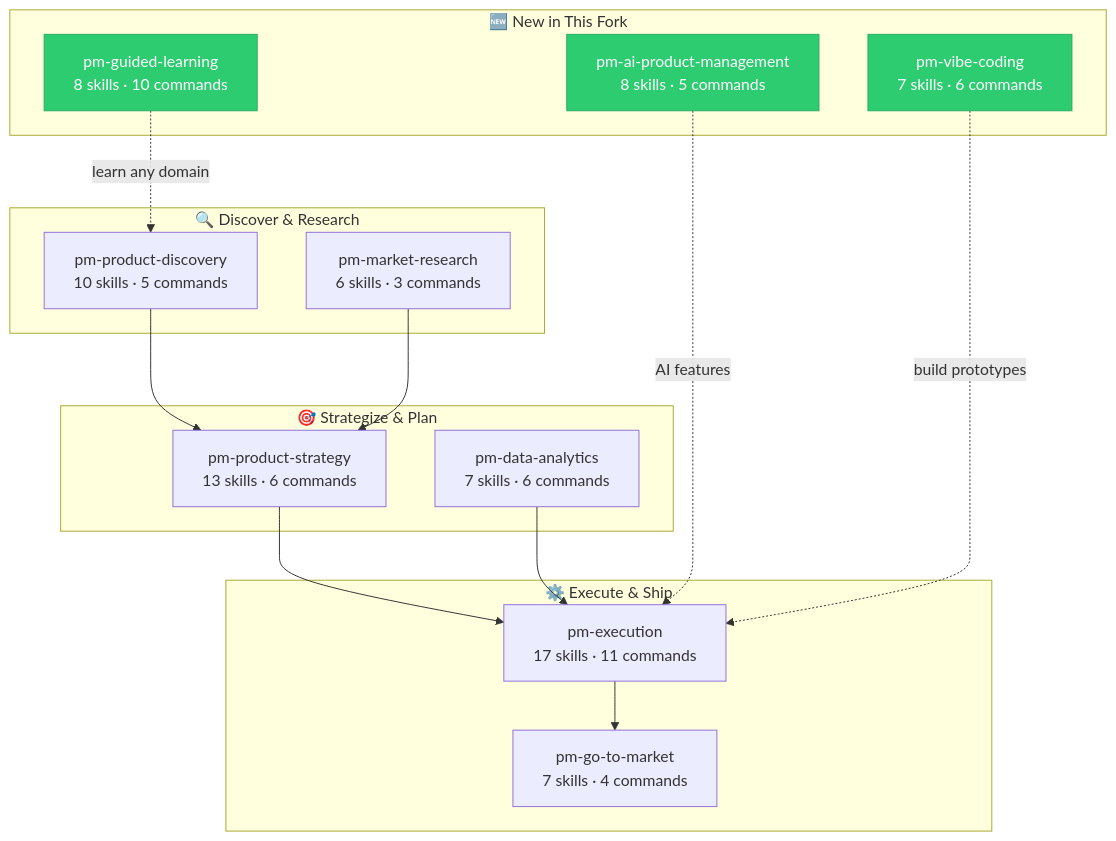
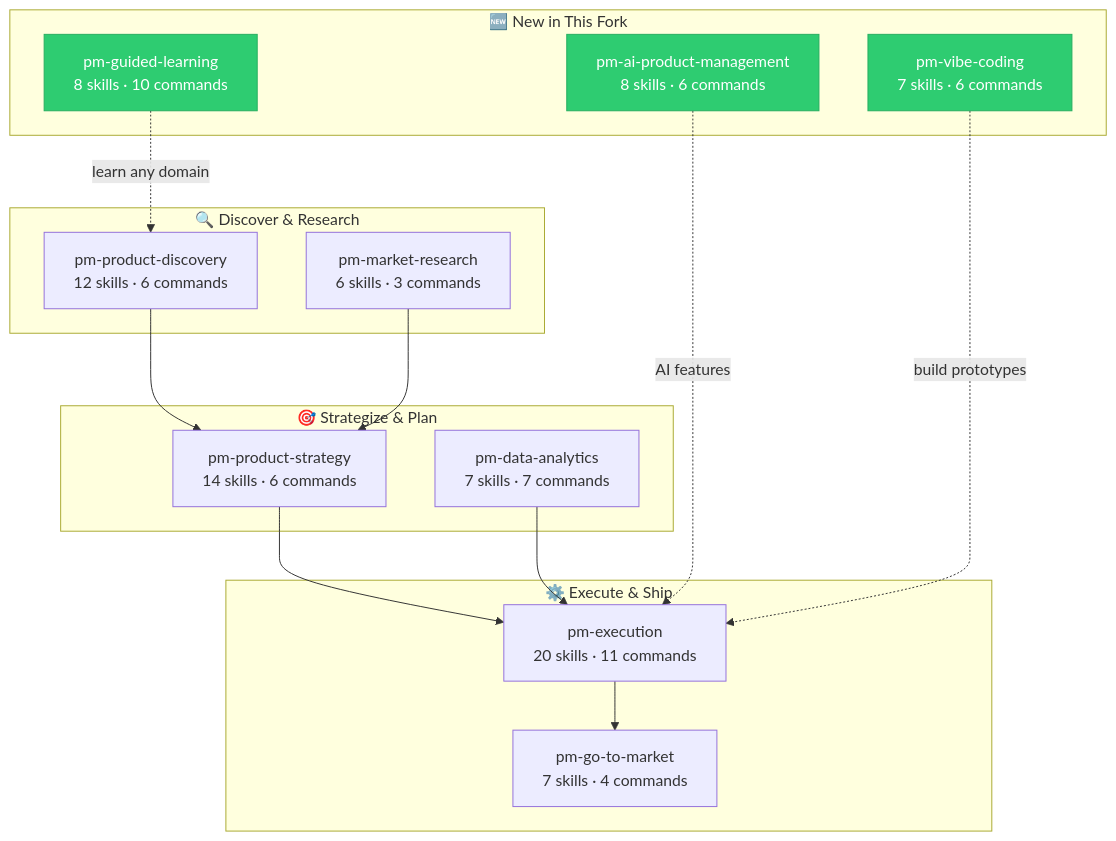
The second of 2 diagrams in README.md (tarunccet/pm-skills), drawn with Mermaid before and after one commit. The commit also changed other lines of this file and 11 other files, not shown here.

First line of the commit message:
Remove ANALYSIS.md, update README/CHANGELOG/configs for v2.2.0 (89 skills, 59 commands)

````diff
--- a/README.md
+++ b/README.md
@@ -315,33 +316,33 @@
 ```mermaid
 graph TD
     subgraph "🔍 Discover & Research"
-        A["pm-product-discovery<br/>10 skills · 5 commands"]
+        A["pm-product-discovery<br/>12 skills · 6 commands"]
         B["pm-market-research<br/>6 skills · 3 commands"]
     end
     subgraph "🎯 Strategize & Plan"
-        C["pm-product-strategy<br/>13 skills · 6 commands"]
-        D["pm-data-analytics<br/>7 skills · 6 commands"]
+        C["pm-product-strategy<br/>14 skills · 6 commands"]
+        D["pm-data-analytics<br/>7 skills · 7 commands"]
     end
     subgraph "⚙️ Execute & Ship"
-        E["pm-execution<br/>17 skills · 11 commands"]
+        E["pm-execution<br/>20 skills · 11 commands"]
         F["pm-go-to-market<br/>7 skills · 4 commands"]
     end
     subgraph "🆕 New in This Fork"
-        G["pm-ai-product-management<br/>8 skills · 5 commands"]
+        G["pm-ai-product-management<br/>8 skills · 6 commands"]
         H["pm-vibe-coding<br/>7 skills · 6 commands"]
         I["pm-guided-learning<br/>8 skills · 10 commands"]
     end
 
     A --> C
     B --> C
     C --> E
     D --> E
     E --> F
     G -.->|"AI features"| E
     H -.->|"build prototypes"| E
     I -.->|"learn any domain"| A
 
     style G fill:#2ECC71,stroke:#27AE60,color:#fff
     style H fill:#2ECC71,stroke:#27AE60,color:#fff
     style I fill:#2ECC71,stroke:#27AE60,color:#fff
 ```
````
